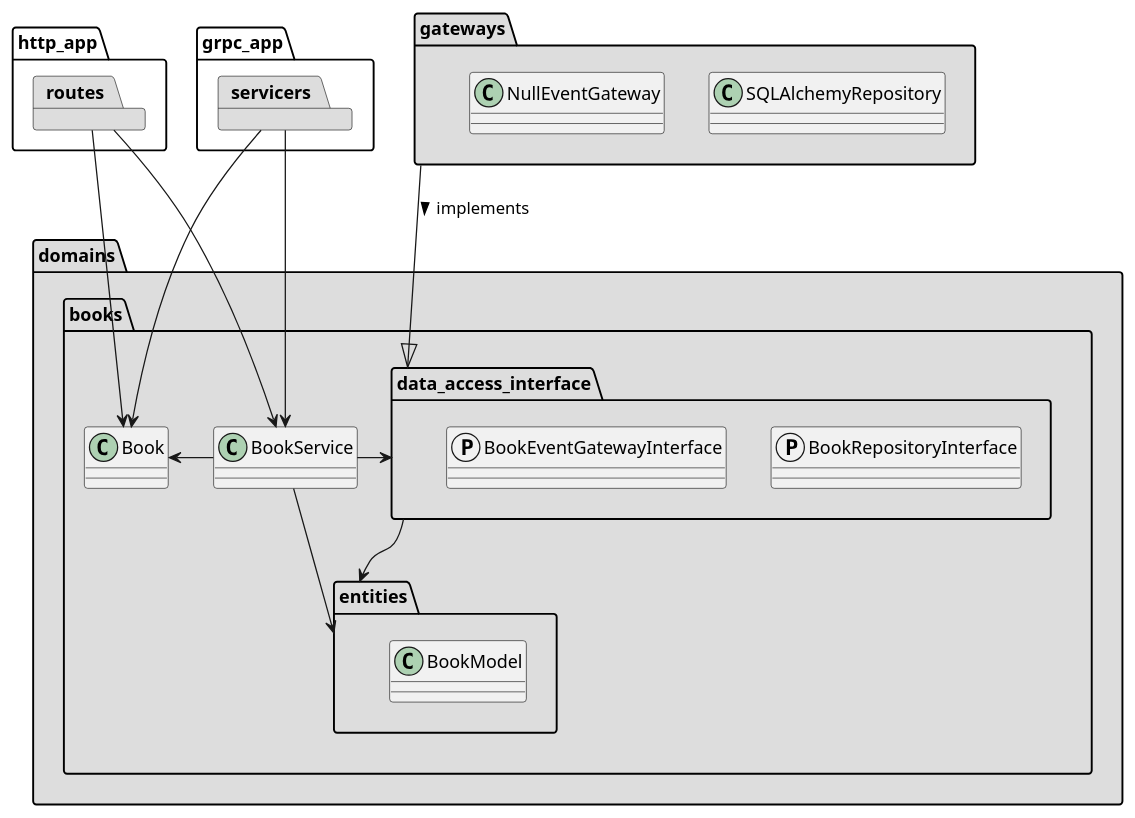
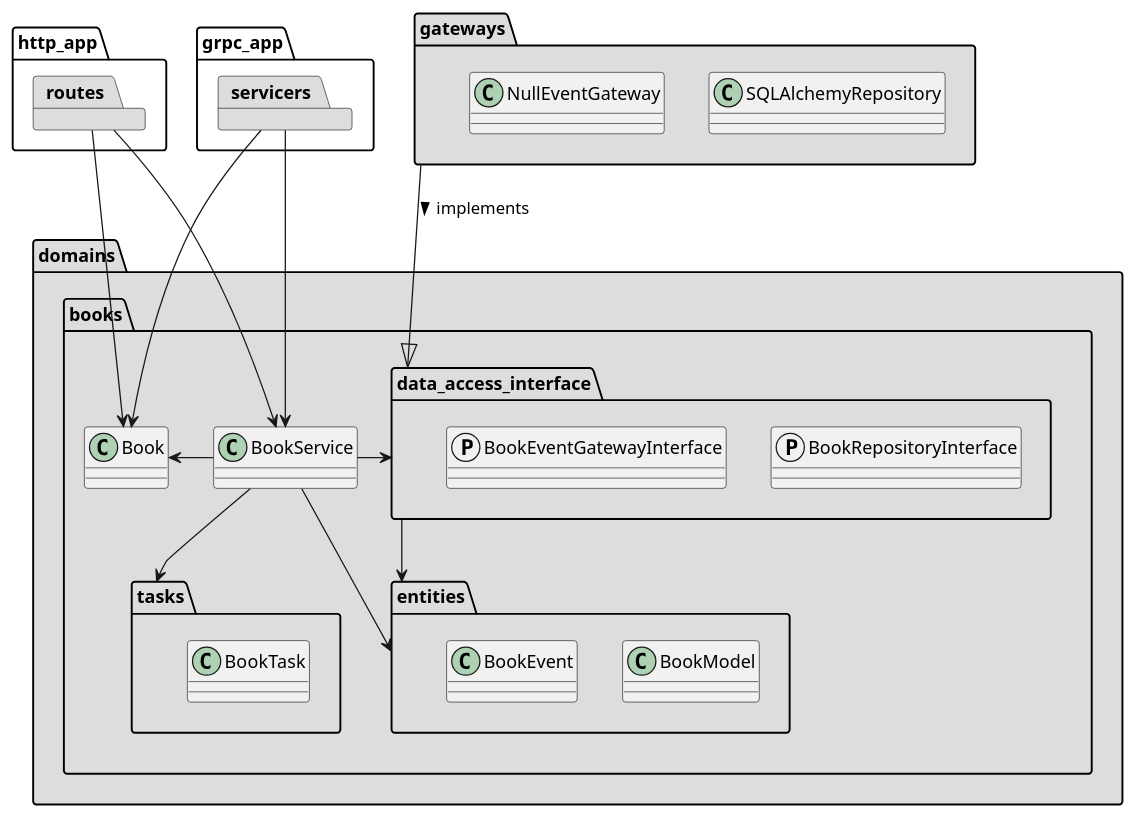
The diagram in architecture.puml (febus982/bootstrap-python-fastapi), drawn with PlantUML before and after one commit. The commit also changed 17 other files, not shown here.

```diff
--- a/architecture.puml
+++ b/architecture.puml
@@ -1,50 +1,56 @@
 @startuml
 allowmixing
 skinparam componentStyle uml1
 
 package http_app {
     package routes #DDDDDD
 }
 
 package grpc_app {
     package servicers #DDDDDD
 }
 
 package domains #DDDDDD {
     package books {
         class Book
         class BookService
 
         package entities {
             class BookModel
+            class BookEvent
+        }
+
+        package tasks {
+            class BookTask
         }
 
         package data_access_interface {
             protocol BookRepositoryInterface
             protocol BookEventGatewayInterface
         }
     }
 }
 
 package gateways #DDDDDD {
     class SQLAlchemyRepository
     class NullEventGateway
 }
 
 
 'links framework - domains
 routes --> BookService
 routes --> Book
 servicers --> BookService
 servicers --> Book
 
 'links internal to books domain
 BookService -l-> Book
 BookService --> entities
+BookService --> tasks
 BookService -r-> data_access_interface
 data_access_interface --> entities
 
 'links domains - gateways
 gateways --|> data_access_interface: implements >
 
 @enduml
```
